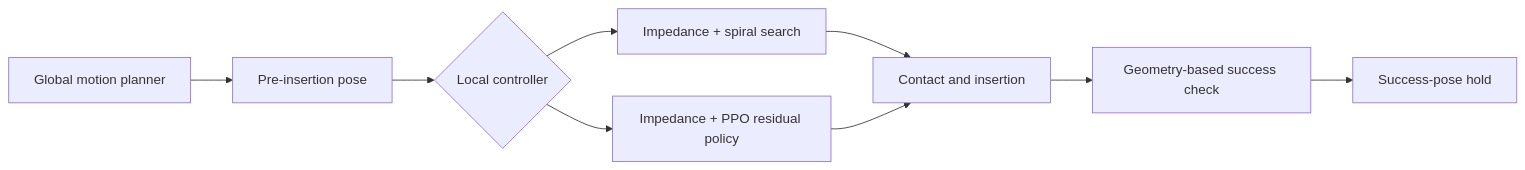
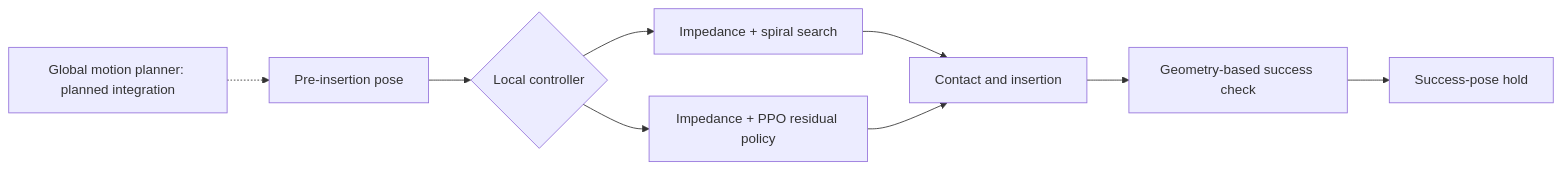
Before and after one commit to kaifeng0502/robust-peg-in-hole-rl: the diagram in README.md, drawn with Mermaid. The commit also changed other lines of this file and 17 other files, not shown here.

````diff
--- a/README.md
+++ b/README.md
@@ -9,11 +11,11 @@
 ```mermaid
 flowchart LR
-    A[Global motion planner] --> B[Pre-insertion pose]
+    A[Global motion planner: planned integration] -.-> B[Pre-insertion pose]
     B --> C{Local controller}
     C --> D[Impedance + spiral search]
     C --> E[Impedance + PPO residual policy]
     D --> F[Contact and insertion]
     E --> F
     F --> G[Geometry-based success check]
     G --> H[Success-pose hold]
 ```
````
